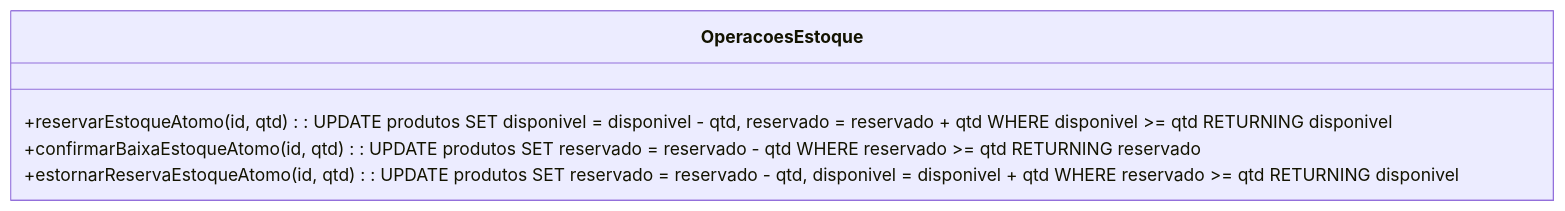
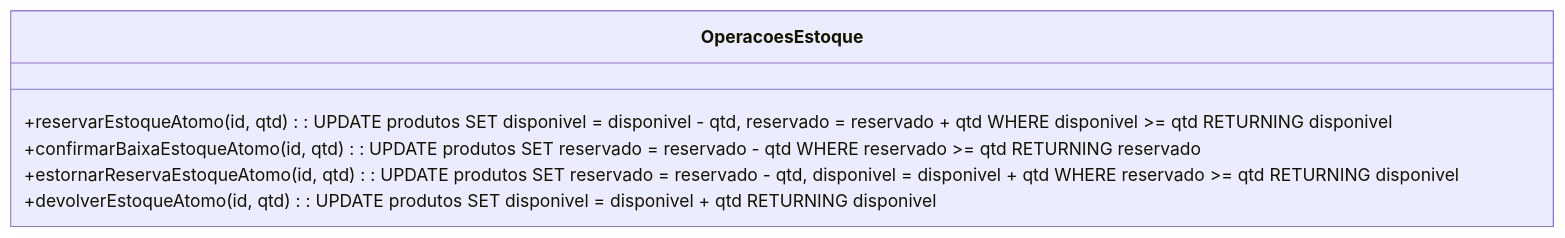
Before and after one commit to iXDGabrielTK/petshop-microservices: the second of 4 diagrams in docs/domains/inventory.md, drawn with Mermaid. The commit also changed other lines of this file and 2 other files, not shown here.

````diff
--- a/docs/domains/inventory.md
+++ b/docs/domains/inventory.md
@@ -43,8 +43,9 @@
 ```mermaid
 classDiagram
     class OperacoesEstoque {
         +reservarEstoqueAtomo(id, qtd) : UPDATE produtos SET disponivel = disponivel - qtd, reservado = reservado + qtd WHERE disponivel >= qtd RETURNING disponivel
         +confirmarBaixaEstoqueAtomo(id, qtd) : UPDATE produtos SET reservado = reservado - qtd WHERE reservado >= qtd RETURNING reservado
         +estornarReservaEstoqueAtomo(id, qtd) : UPDATE produtos SET reservado = reservado - qtd, disponivel = disponivel + qtd WHERE reservado >= qtd RETURNING disponivel
+        +devolverEstoqueAtomo(id, qtd) : UPDATE produtos SET disponivel = disponivel + qtd RETURNING disponivel
     }
 ```
````
